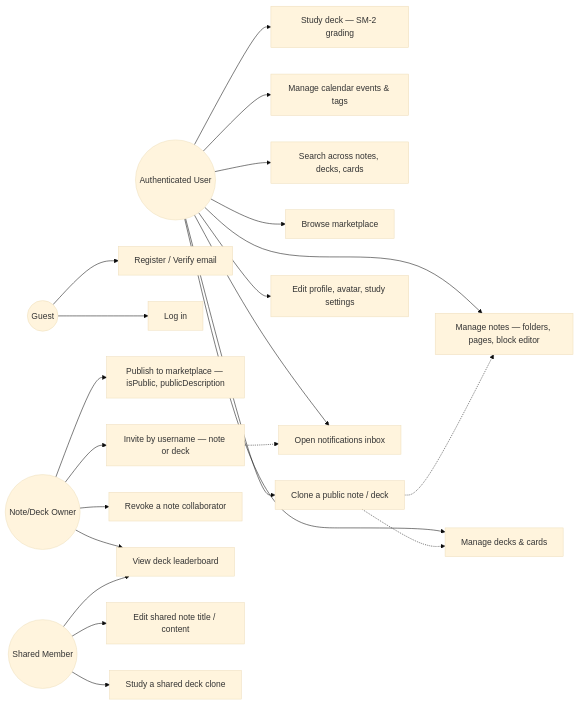
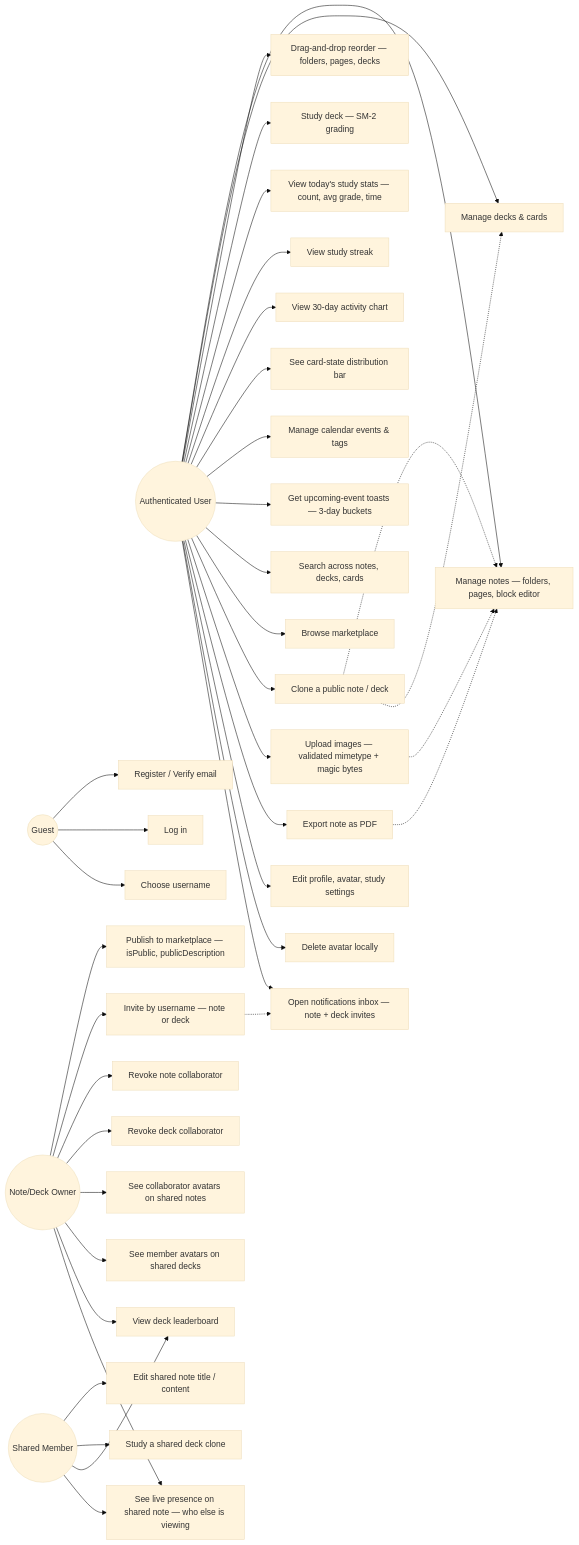
The third of 6 diagrams in backend/docs/SETUP.md (verclukacode/FERINoteDeck), drawn with Mermaid (base theme) before and after one commit. The commit also changed other lines of this file, not shown here.

First line of the commit message:
Add Sequence, Activity, Deployment diagrams + extend Use Case

````diff
--- a/backend/docs/SETUP.md
+++ b/backend/docs/SETUP.md
@@ -410,33 +410,50 @@
 ```mermaid
 flowchart LR
     Guest((Guest))
     User((Authenticated User))
     Owner((Note/Deck Owner))
     Member((Shared Member))
 
     Guest --> UC_Register[Register / Verify email]
     Guest --> UC_Login[Log in]
+    Guest --> UC_Username[Choose username]
 
     User --> UC_Notes[Manage notes — folders, pages, block editor]
     User --> UC_Decks[Manage decks & cards]
+    User --> UC_DnD[Drag-and-drop reorder — folders, pages, decks]
     User --> UC_Study[Study deck — SM-2 grading]
+    User --> UC_StudyStats[View today's study stats — count, avg grade, time]
+    User --> UC_Streak[View study streak]
+    User --> UC_Activity[View 30-day activity chart]
+    User --> UC_CardBar[See card-state distribution bar]
     User --> UC_Calendar[Manage calendar events & tags]
+    User --> UC_Upcoming[Get upcoming-event toasts — 3-day buckets]
     User --> UC_Search[Search across notes, decks, cards]
     User --> UC_Browse[Browse marketplace]
     User --> UC_Clone[Clone a public note / deck]
+    User --> UC_Image[Upload images — validated mimetype + magic bytes]
+    User --> UC_PDF[Export note as PDF]
     User --> UC_Account[Edit profile, avatar, study settings]
-    User --> UC_Notif[Open notifications inbox]
+    User --> UC_AvatarDel[Delete avatar locally]
+    User --> UC_Notif[Open notifications inbox — note + deck invites]
 
     Owner --> UC_Publish[Publish to marketplace — isPublic, publicDescription]
     Owner --> UC_Invite[Invite by username — note or deck]
-    Owner --> UC_Revoke[Revoke a note collaborator]
+    Owner --> UC_RevokeNote[Revoke note collaborator]
+    Owner --> UC_RevokeDeck[Revoke deck collaborator]
+    Owner --> UC_AvatarsNote[See collaborator avatars on shared notes]
+    Owner --> UC_AvatarsDeck[See member avatars on shared decks]
     Owner --> UC_Leader[View deck leaderboard]
 
     Member --> UC_Edit[Edit shared note title / content]
     Member --> UC_StudyShared[Study a shared deck clone]
     Member --> UC_Leader
+    Member --> UC_Presence[See live presence on shared note — who else is viewing]
+    Owner --> UC_Presence
 
     UC_Invite -.-> UC_Notif
     UC_Clone -.-> UC_Notes
     UC_Clone -.-> UC_Decks
+    UC_Image -.-> UC_Notes
+    UC_PDF -.-> UC_Notes
 ```
````
